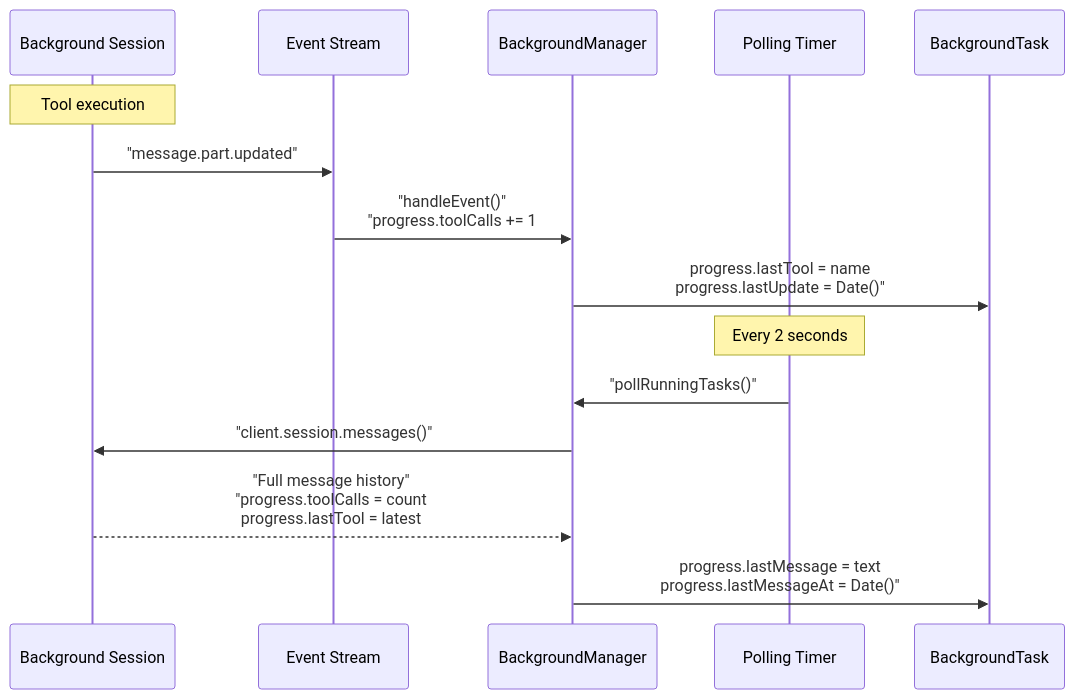
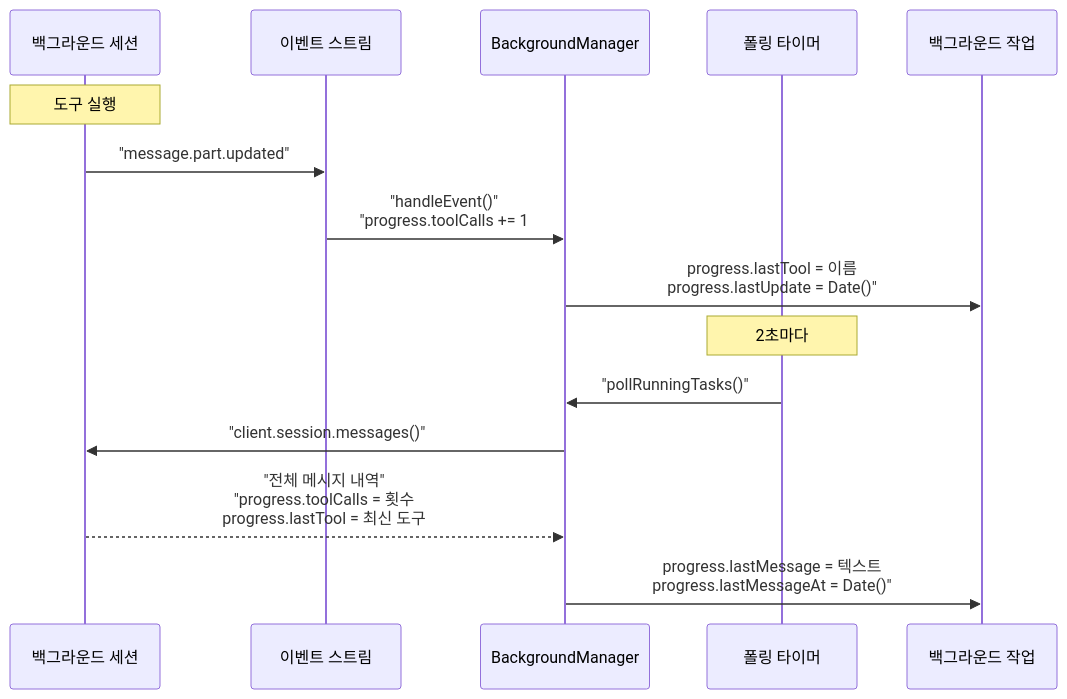
One commit to felipetruman/oh-my-opencode-docs changed the seventh of 14 diagrams in docs/background-execution/task-execution-and-polling.md. Above: the diagram before and after it, drawn with Mermaid. The commit also changed other lines of this file and 76 other files, not shown here.

````diff
--- a/docs/background-execution/task-execution-and-polling.md
+++ b/docs/background-execution/task-execution-and-polling.md
@@ -273,18 +273,18 @@
 ```mermaid
 sequenceDiagram
-  participant p1 as Background Session
-  participant p2 as Event Stream
+  participant p1 as 백그라운드 세션
+  participant p2 as 이벤트 스트림
   participant p3 as BackgroundManager
-  participant p4 as Polling Timer
-  participant p5 as BackgroundTask
+  participant p4 as 폴링 타이머
+  participant p5 as 백그라운드 작업
 
-  note over p1: Tool execution
+  note over p1: 도구 실행
   p1->>p2: "message.part.updated"
   p2->>p3: "handleEvent()"<br/>"progress.toolCalls += 1
-  p3->>p5: progress.lastTool = name<br/>progress.lastUpdate = Date()"
-  note over p4: Every 2 seconds
+  p3->>p5: progress.lastTool = 이름<br/>progress.lastUpdate = Date()"
+  note over p4: 2초마다
   p4->>p3: "pollRunningTasks()"
   p3->>p1: "client.session.messages()"
-  p1-->>p3: "Full message history"<br/>"progress.toolCalls = count<br/>progress.lastTool = latest
-  p3->>p5: progress.lastMessage = text<br/>progress.lastMessageAt = Date()"
+  p1-->>p3: "전체 메시지 내역"<br/>"progress.toolCalls = 횟수<br/>progress.lastTool = 최신 도구
+  p3->>p5: progress.lastMessage = 텍스트<br/>progress.lastMessageAt = Date()"
 ```
````
